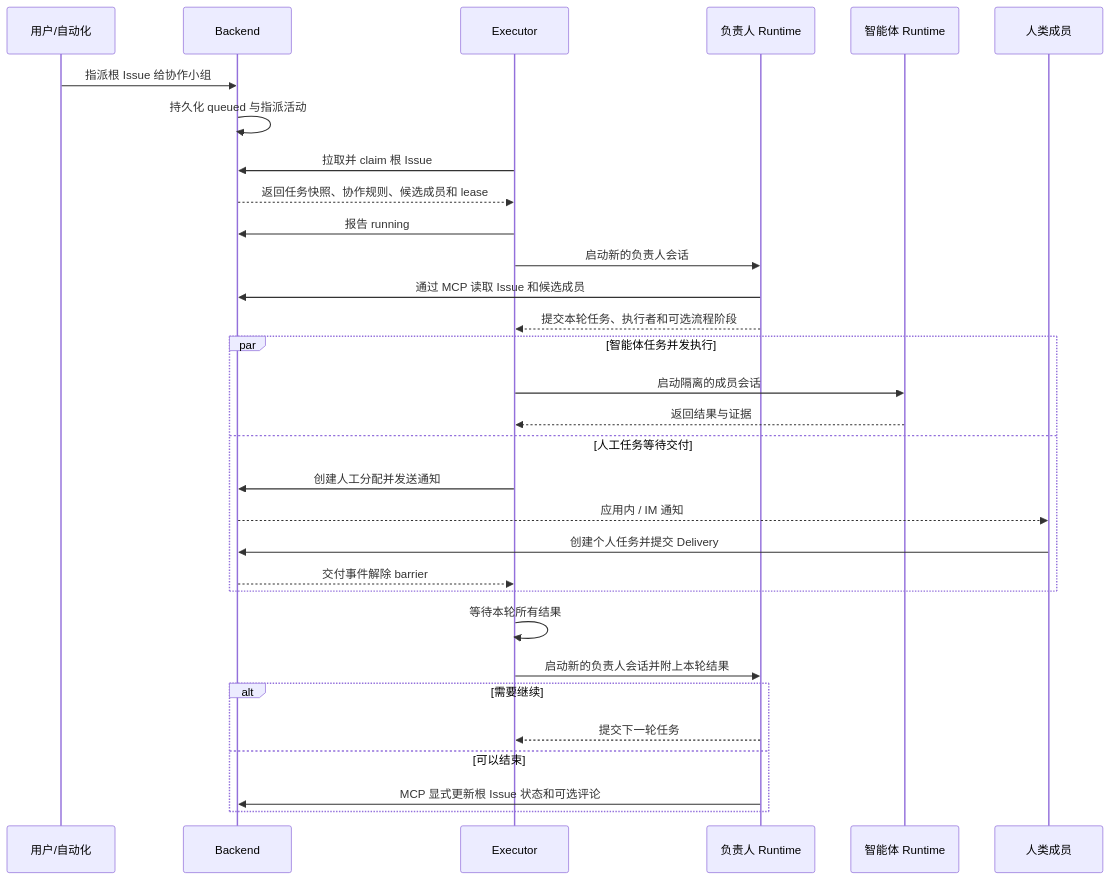
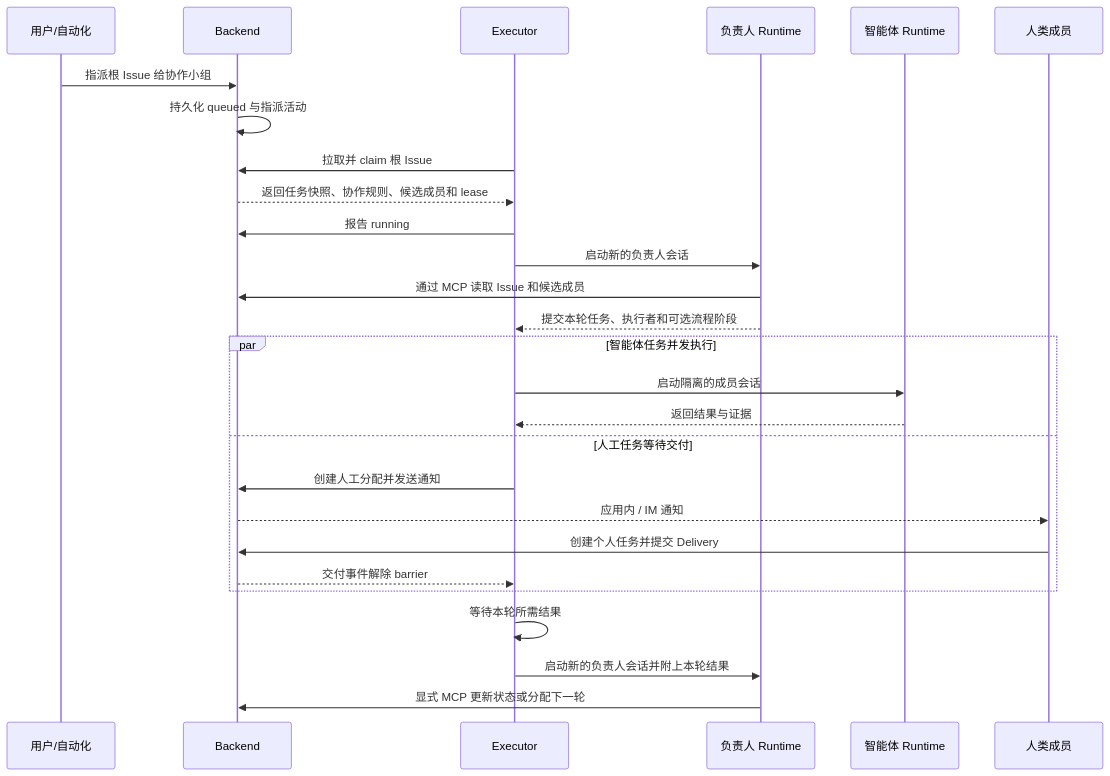
One commit to wecode-ai/wegent-docs changed the second of 4 diagrams in i18n/zh/docusaurus-plugin-content-docs/current/wegent/developer-guide/cloud-project-collaboration.md. Above: the diagram before and after it, drawn with Mermaid. The commit also changed other lines of this file and 3 other files, not shown here.

````diff
--- a/i18n/zh/docusaurus-plugin-content-docs/current/wegent/developer-guide/cloud-project-collaboration.md
+++ b/i18n/zh/docusaurus-plugin-content-docs/current/wegent/developer-guide/cloud-project-collaboration.md
@@ -162,34 +164,30 @@
 ```mermaid
 sequenceDiagram
     participant U as 用户/自动化
     participant B as Backend
     participant E as Executor
     participant M as 负责人 Runtime
     participant A as 智能体 Runtime
     participant H as 人类成员
 
     U->>B: 指派根 Issue 给协作小组
     B->>B: 持久化 queued 与指派活动
     E->>B: 拉取并 claim 根 Issue
     B-->>E: 返回任务快照、协作规则、候选成员和 lease
     E->>B: 报告 running
     E->>M: 启动新的负责人会话
     M->>B: 通过 MCP 读取 Issue 和候选成员
     M-->>E: 提交本轮任务、执行者和可选流程阶段
     par 智能体任务并发执行
         E->>A: 启动隔离的成员会话
         A-->>E: 返回结果与证据
     and 人工任务等待交付
         E->>B: 创建人工分配并发送通知
         B-->>H: 应用内 / IM 通知
         H->>B: 创建个人任务并提交 Delivery
         B-->>E: 交付事件解除 barrier
     end
-    E->>E: 等待本轮所有结果
+    E->>E: 等待本轮所需结果
     E->>M: 启动新的负责人会话并附上本轮结果
-    alt 需要继续
-        M-->>E: 提交下一轮任务
-    else 可以结束
-        M->>B: MCP 显式更新根 Issue 状态和可选评论
-    end
+    M->>B: 显式 MCP 更新状态或分配下一轮
 ```
````
